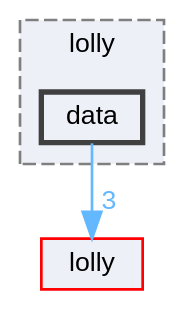
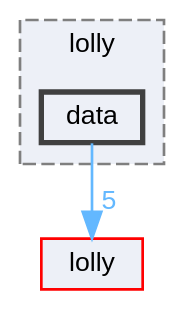
The diagram in dir_f8a8d0c9835e93daec2280ff6bfa6f20_dep.dot (XmacsLabs/lolly), drawn with Graphviz before and after one commit. The commit also changed 922 other files, not shown here.

```diff
--- a/dir_f8a8d0c9835e93daec2280ff6bfa6f20_dep.dot
+++ b/dir_f8a8d0c9835e93daec2280ff6bfa6f20_dep.dot
@@ -1,14 +1,14 @@
 digraph "data"
 {
  // LATEX_PDF_SIZE
   bgcolor="transparent";
   edge [fontname=Helvetica,fontsize=10,labelfontname=Helvetica,labelfontsize=10];
   node [fontname=Helvetica,fontsize=10,shape=box,height=0.2,width=0.4];
   compound=true
   subgraph clusterdir_906012d88d63f17afb541864e9a9bce2 {
     graph [ bgcolor="#edf0f7", pencolor="grey50", label="lolly", fontname=Helvetica,fontsize=10 style="filled,dashed", URL="dir_906012d88d63f17afb541864e9a9bce2.html",tooltip=""]
   dir_f8a8d0c9835e93daec2280ff6bfa6f20 [label="data", fillcolor="#edf0f7", color="grey25", style="filled,bold", URL="dir_f8a8d0c9835e93daec2280ff6bfa6f20.html",tooltip=""];
   }
   dir_4e4e38b7a3cbd015b31043c806009c51 [label="lolly", fillcolor="#edf0f7", color="red", style="filled", URL="dir_4e4e38b7a3cbd015b31043c806009c51.html",tooltip=""];
-  dir_f8a8d0c9835e93daec2280ff6bfa6f20->dir_4e4e38b7a3cbd015b31043c806009c51 [headlabel="3", labeldistance=1.5 headhref="dir_000014_000034.html" href="dir_000014_000034.html" color="steelblue1" fontcolor="steelblue1"];
+  dir_f8a8d0c9835e93daec2280ff6bfa6f20->dir_4e4e38b7a3cbd015b31043c806009c51 [headlabel="5", labeldistance=1.5 headhref="dir_000014_000034.html" href="dir_000014_000034.html" color="steelblue1" fontcolor="steelblue1"];
 }
```
